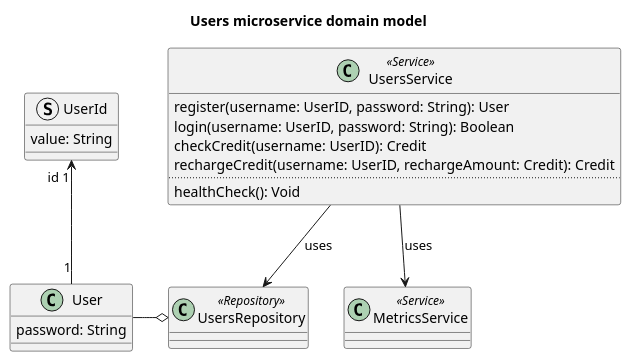
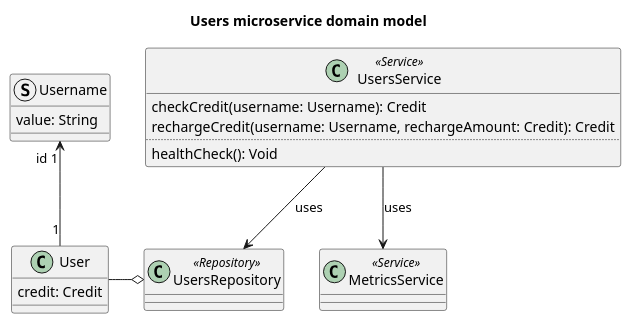
One commit to Ventus218/SAP-assignment-02 changed the diagram in doc/diagrams/src/users-microservice-domain-model.puml. Above: the diagram before and after it, drawn with PlantUML. The commit also changed 1 other file, not shown here.

Commit message:
renamed UserId to Username

```diff
--- a/doc/diagrams/src/users-microservice-domain-model.puml
+++ b/doc/diagrams/src/users-microservice-domain-model.puml
@@ -1,30 +1,28 @@
 @startuml users-microservice-domain-model
 
 title Users microservice domain model
 
 class User {
-    password: String
+    credit: Credit
 }
-struct UserId {
+struct Username {
     value: String
 }
-User "1" -u-> "id 1" UserId
+User "1" -u-> "id 1" Username
 
 class UsersRepository <<Repository>>
 UsersRepository o-l- User
 
 class UsersService <<Service>> {
-    register(username: UserID, password: String): User
-    login(username: UserID, password: String): Boolean
-    checkCredit(username: UserID): Credit
-    rechargeCredit(username: UserID, rechargeAmount: Credit): Credit
+    checkCredit(username: Username): Credit
+    rechargeCredit(username: Username, rechargeAmount: Credit): Credit
     ..
     healthCheck(): Void
 }
 
 UsersService --> UsersRepository : "uses"
 
 class MetricsService <<Service>>
 UsersService --> MetricsService : "uses"
 
 @enduml
```
